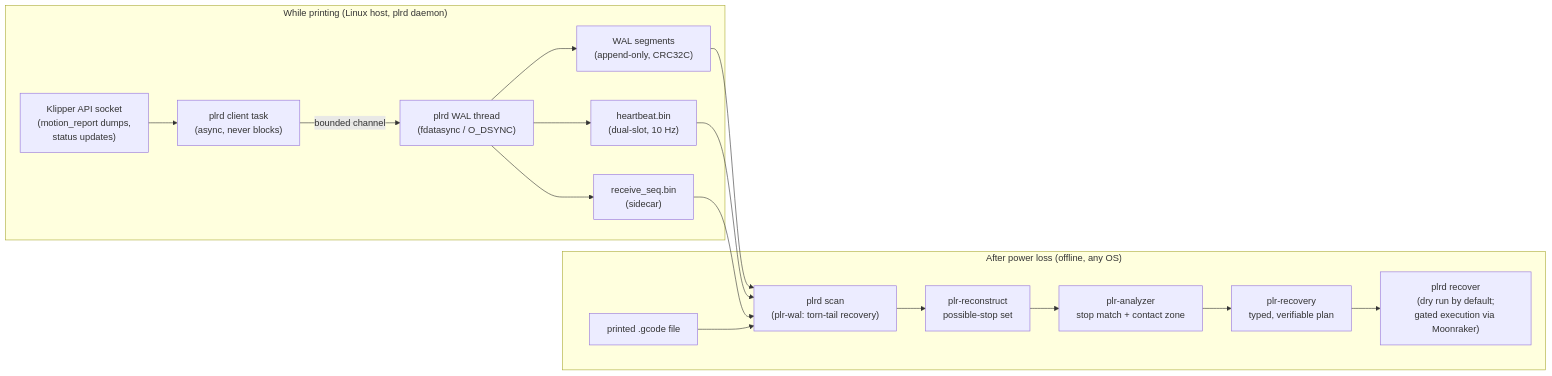
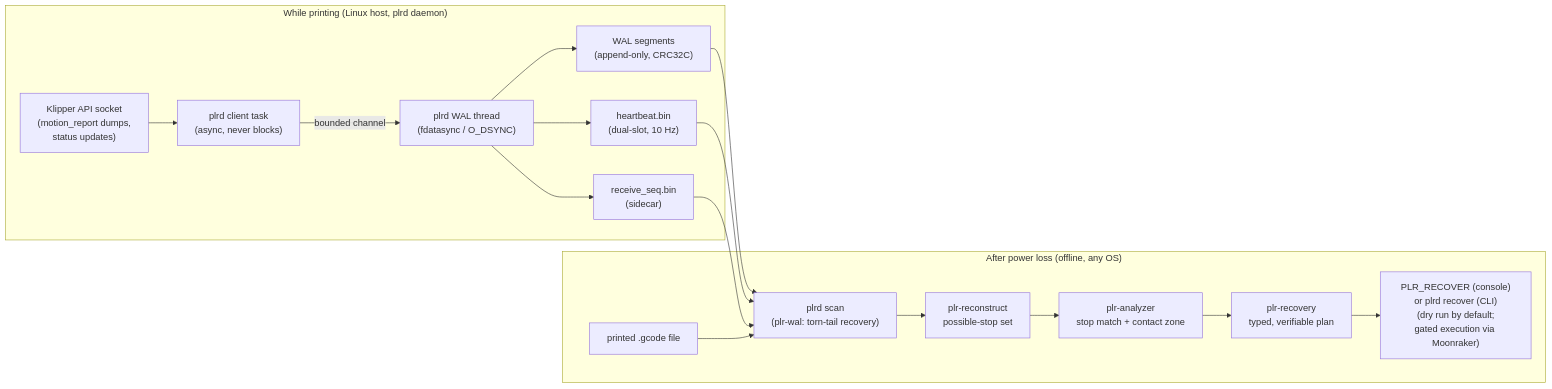
One commit to Zsmerritt/dead-reckoning changed the diagram in README.md. Above: the diagram before and after it, drawn with Mermaid. The commit also changed other lines of this file and 9 other files, not shown here.

````diff
--- a/README.md
+++ b/README.md
@@ -148,20 +194,20 @@
 ```mermaid
 flowchart LR
     subgraph printer ["While printing (Linux host, plrd daemon)"]
         K["Klipper API socket<br/>(motion_report dumps,<br/>status updates)"] --> C["plrd client task<br/>(async, never blocks)"]
         C -->|bounded channel| W["plrd WAL thread<br/>(fdatasync / O_DSYNC)"]
         W --> S["WAL segments<br/>(append-only, CRC32C)"]
         W --> H["heartbeat.bin<br/>(dual-slot, 10 Hz)"]
         W --> Q["receive_seq.bin<br/>(sidecar)"]
     end
     subgraph recovery ["After power loss (offline, any OS)"]
         S --> SCAN["plrd scan<br/>(plr-wal: torn-tail recovery)"]
         H --> SCAN
         Q --> SCAN
         G["printed .gcode file"] --> SCAN
         SCAN --> R["plr-reconstruct<br/>possible-stop set"]
         R --> A["plr-analyzer<br/>stop match + contact zone"]
         A --> P["plr-recovery<br/>typed, verifiable plan"]
-        P --> X["plrd recover<br/>(dry run by default;<br/>gated execution via Moonraker)"]
+        P --> X["PLR_RECOVER (console)<br/>or plrd recover (CLI)<br/>(dry run by default;<br/>gated execution via Moonraker)"]
     end
 ```
````
